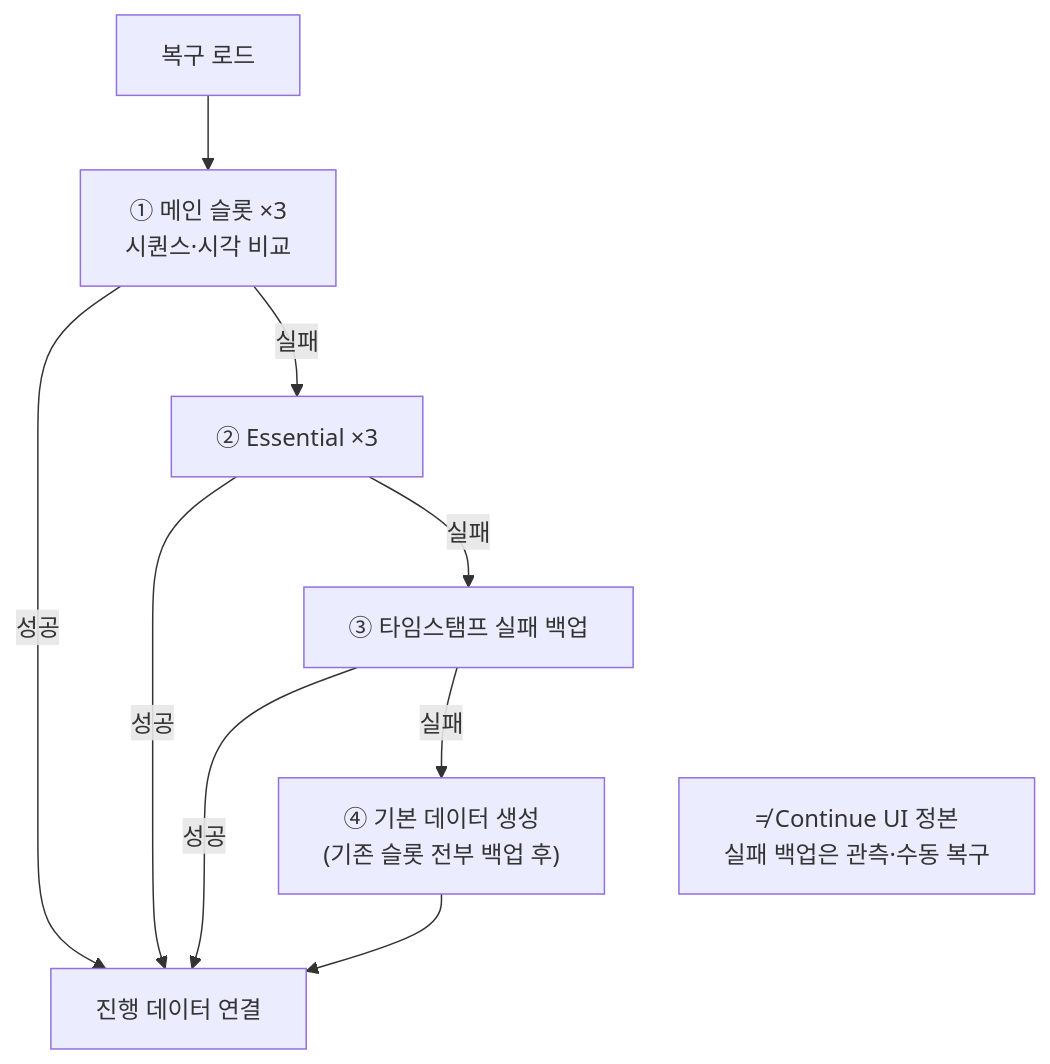
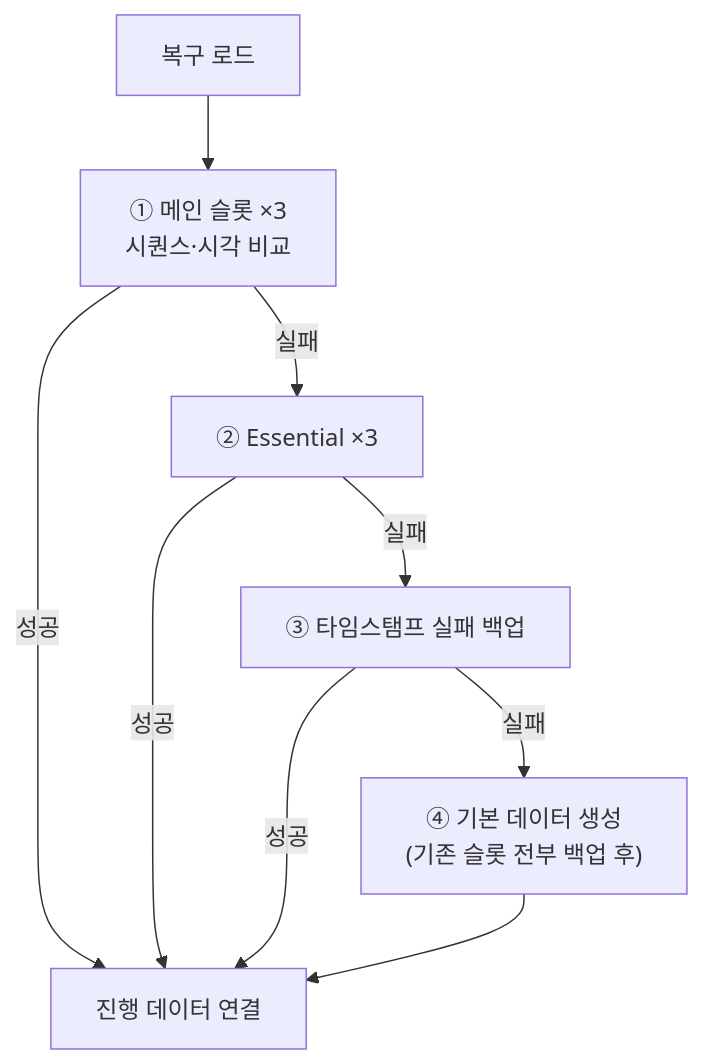
The diagram in notes/dragon-save-shipped.md (monet5379/monet5379.github.io), drawn with Mermaid before and after one commit. The commit also changed other lines of this file and 24 other files, not shown here.

Commit message:
콘텐츠(notes): project 목록 FM과 복수 증명·Mermaid·회고 슬롯을 맞춥니다.

````diff
--- a/notes/dragon-save-shipped.md
+++ b/notes/dragon-save-shipped.md
@@ -74,14 +62,11 @@
 ```mermaid
 flowchart TD
   START["복구 로드"] --> MAIN["① 메인 슬롯 ×3<br/>시퀀스·시각 비교"]
   MAIN -->|성공| ONLOAD["진행 데이터 연결"]
   MAIN -->|실패| ESS["② Essential ×3"]
   ESS -->|성공| ONLOAD
   ESS -->|실패| BAK["③ 타임스탬프 실패 백업"]
   BAK -->|성공| ONLOAD
   BAK -->|실패| NEW["④ 기본 데이터 생성<br/>(기존 슬롯 전부 백업 후)"]
   NEW --> ONLOAD
-
-  NOTE["≠ Continue UI 정본<br/>실패 백업은 관측·수동 복구"]
-  BAK ~~~ NOTE
 ```
````
